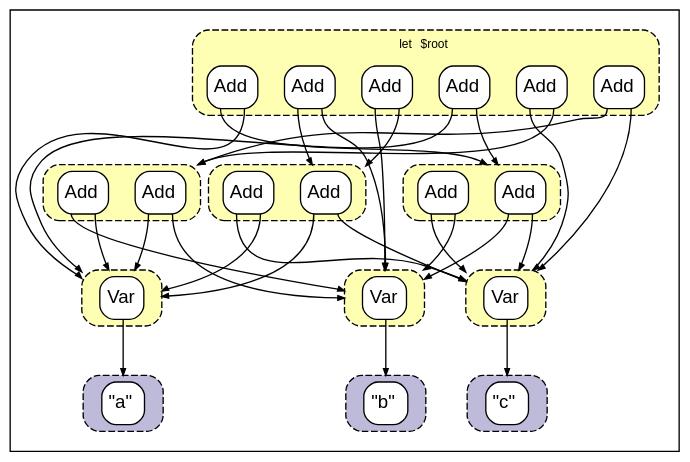
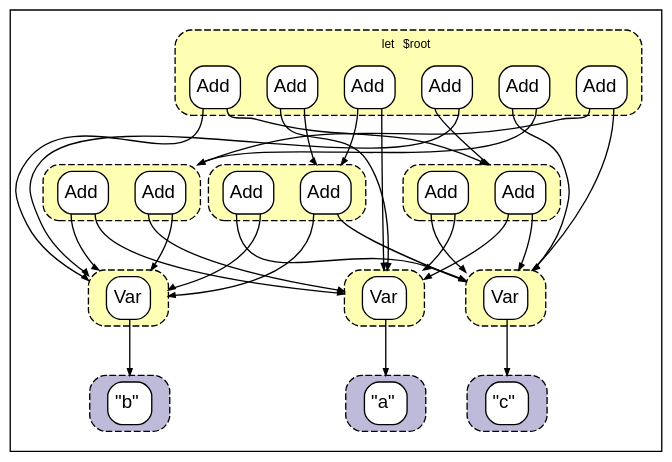
The diagram in docs/papers/figures/native/saturated.raw.dot (MilkBlock/fractal_egraph), drawn with Graphviz before and after one commit. The commit also changed other lines of this file and 16 other files, not shown here.

```diff
--- a/docs/papers/figures/native/saturated.raw.dot
+++ b/docs/papers/figures/native/saturated.raw.dot
@@ -1,143 +1,143 @@
 digraph  {
   compound=true
   rank=same
   fontname=helvetica
   fontsize=9
   margin=3
   nodesep=0.05
   ranksep=0.6
   colorscheme=set312
   edge[arrowsize=0.5]
   node[shape=none,margin=0,fontname=helvetica]
   outputorder=edgesfirst
   graph[style="dashed,rounded,filled"]
   fillcolor=2
-  "function-0-Var":0:s -> "primitive-String-0" [lhead="cluster_String-0"]
-  subgraph "outer_cluster_Math-0" {
-    subgraph "cluster_Math-0" {
-      subgraph  {
-        "function-0-Var"[label=<<TABLE BGCOLOR="white" CELLBORDER="0" CELLSPACING="0" CELLPADDING="0" style="rounded"><tr><td BALIGN="left" CELLPADDING="4" WIDTH="30" HEIGHT="30" colspan="1">Var</td></tr><TR><TD PORT="0"></TD></TR></TABLE>>,tooltip="Math-0: function-0-Var"]
-      }
-    }
-    style="invis"
-    cluster=true
-  }
-  "function-1-Var":0:s -> "primitive-String-1" [lhead="cluster_String-1"]
-  subgraph "outer_cluster_Math-1" {
-    subgraph "cluster_Math-1" {
-      subgraph  {
-        "function-1-Var"[label=<<TABLE BGCOLOR="white" CELLBORDER="0" CELLSPACING="0" CELLPADDING="0" style="rounded"><tr><td BALIGN="left" CELLPADDING="4" WIDTH="30" HEIGHT="30" colspan="1">Var</td></tr><TR><TD PORT="0"></TD></TR></TABLE>>,tooltip="Math-1: function-1-Var"]
-      }
-    }
-    style="invis"
-    cluster=true
-  }
-  "function-2-Var":0:s -> "primitive-String-2" [lhead="cluster_String-2"]
-  subgraph "outer_cluster_Math-2" {
-    subgraph "cluster_Math-2" {
-      subgraph  {
-        "function-2-Var"[label=<<TABLE BGCOLOR="white" CELLBORDER="0" CELLSPACING="0" CELLPADDING="0" style="rounded"><tr><td BALIGN="left" CELLPADDING="4" WIDTH="30" HEIGHT="30" colspan="1">Var</td></tr><TR><TD PORT="0"></TD></TR></TABLE>>,tooltip="Math-2: function-2-Var"]
-      }
-    }
-    style="invis"
-    cluster=true
-  }
-  "function-2-Add":0:s -> "function-0-Var" [lhead="cluster_Math-0"]
-  "function-2-Add":1:s -> "function-1-Var" [lhead="cluster_Math-1"]
-  "function-6-Add":0:s -> "function-1-Var" [lhead="cluster_Math-1"]
-  "function-6-Add":1:s -> "function-0-Var" [lhead="cluster_Math-0"]
-  subgraph "outer_cluster_Math-5" {
-    subgraph "cluster_Math-5" {
-      subgraph  {
-        "function-2-Add"[label=<<TABLE BGCOLOR="white" CELLBORDER="0" CELLSPACING="0" CELLPADDING="0" style="rounded"><tr><td BALIGN="left" CELLPADDING="4" WIDTH="30" HEIGHT="30" colspan="2">Add</td></tr><TR><TD PORT="0"></TD><TD PORT="1"></TD></TR></TABLE>>,tooltip="Math-5: function-2-Add"]
-        "function-6-Add"[label=<<TABLE BGCOLOR="white" CELLBORDER="0" CELLSPACING="0" CELLPADDING="0" style="rounded"><tr><td BALIGN="left" CELLPADDING="4" WIDTH="30" HEIGHT="30" colspan="2">Add</td></tr><TR><TD PORT="0"></TD><TD PORT="1"></TD></TR></TABLE>>,tooltip="Math-5: function-6-Add"]
-      }
-    }
-    style="invis"
-    cluster=true
-  }
-  "function-8-Add":0:s -> "function-0-Var" [lhead="cluster_Math-0"]
-  "function-8-Add":1:s -> "function-2-Var" [lhead="cluster_Math-2"]
-  "function-10-Add":0:s -> "function-2-Var" [lhead="cluster_Math-2"]
-  "function-10-Add":1:s -> "function-0-Var" [lhead="cluster_Math-0"]
-  subgraph "outer_cluster_Math-6" {
-    subgraph "cluster_Math-6" {
-      subgraph  {
-        "function-8-Add"[label=<<TABLE BGCOLOR="white" CELLBORDER="0" CELLSPACING="0" CELLPADDING="0" style="rounded"><tr><td BALIGN="left" CELLPADDING="4" WIDTH="30" HEIGHT="30" colspan="2">Add</td></tr><TR><TD PORT="0"></TD><TD PORT="1"></TD></TR></TABLE>>,tooltip="Math-6: function-8-Add"]
-        "function-10-Add"[label=<<TABLE BGCOLOR="white" CELLBORDER="0" CELLSPACING="0" CELLPADDING="0" style="rounded"><tr><td BALIGN="left" CELLPADDING="4" WIDTH="30" HEIGHT="30" colspan="2">Add</td></tr><TR><TD PORT="0"></TD><TD PORT="1"></TD></TR></TABLE>>,tooltip="Math-6: function-10-Add"]
-      }
-    }
-    style="invis"
-    cluster=true
-  }
   "function-0-Add":0:s -> "function-1-Var" [lhead="cluster_Math-1"]
   "function-0-Add":1:s -> "function-2-Var" [lhead="cluster_Math-2"]
   "function-4-Add":0:s -> "function-2-Var" [lhead="cluster_Math-2"]
   "function-4-Add":1:s -> "function-1-Var" [lhead="cluster_Math-1"]
   subgraph "outer_cluster_Math-3" {
     subgraph "cluster_Math-3" {
       subgraph  {
         "function-0-Add"[label=<<TABLE BGCOLOR="white" CELLBORDER="0" CELLSPACING="0" CELLPADDING="0" style="rounded"><tr><td BALIGN="left" CELLPADDING="4" WIDTH="30" HEIGHT="30" colspan="2">Add</td></tr><TR><TD PORT="0"></TD><TD PORT="1"></TD></TR></TABLE>>,tooltip="Math-3: function-0-Add"]
         "function-4-Add"[label=<<TABLE BGCOLOR="white" CELLBORDER="0" CELLSPACING="0" CELLPADDING="0" style="rounded"><tr><td BALIGN="left" CELLPADDING="4" WIDTH="30" HEIGHT="30" colspan="2">Add</td></tr><TR><TD PORT="0"></TD><TD PORT="1"></TD></TR></TABLE>>,tooltip="Math-3: function-4-Add"]
       }
     }
     style="invis"
     cluster=true
   }
   "function-1-Add":0:s -> "function-0-Var" [lhead="cluster_Math-0"]
   "function-1-Add":1:s -> "function-0-Add" [lhead="cluster_Math-3"]
   "function-3-Add":0:s -> "function-2-Add" [lhead="cluster_Math-5"]
   "function-3-Add":1:s -> "function-2-Var" [lhead="cluster_Math-2"]
   "function-5-Add":0:s -> "function-0-Add" [lhead="cluster_Math-3"]
   "function-5-Add":1:s -> "function-0-Var" [lhead="cluster_Math-0"]
   "function-7-Add":0:s -> "function-2-Var" [lhead="cluster_Math-2"]
   "function-7-Add":1:s -> "function-2-Add" [lhead="cluster_Math-5"]
   "function-9-Add":0:s -> "function-8-Add" [lhead="cluster_Math-6"]
   "function-9-Add":1:s -> "function-1-Var" [lhead="cluster_Math-1"]
   "function-11-Add":0:s -> "function-1-Var" [lhead="cluster_Math-1"]
   "function-11-Add":1:s -> "function-8-Add" [lhead="cluster_Math-6"]
   subgraph "outer_cluster_Math-4" {
     subgraph "cluster_Math-4" {
       subgraph  {
         "function-1-Add"[label=<<TABLE BGCOLOR="white" CELLBORDER="0" CELLSPACING="0" CELLPADDING="0" style="rounded"><tr><td BALIGN="left" CELLPADDING="4" WIDTH="30" HEIGHT="30" colspan="2">Add</td></tr><TR><TD PORT="0"></TD><TD PORT="1"></TD></TR></TABLE>>,tooltip="Math-4: function-1-Add"]
         "function-3-Add"[label=<<TABLE BGCOLOR="white" CELLBORDER="0" CELLSPACING="0" CELLPADDING="0" style="rounded"><tr><td BALIGN="left" CELLPADDING="4" WIDTH="30" HEIGHT="30" colspan="2">Add</td></tr><TR><TD PORT="0"></TD><TD PORT="1"></TD></TR></TABLE>>,tooltip="Math-4: function-3-Add"]
         "function-5-Add"[label=<<TABLE BGCOLOR="white" CELLBORDER="0" CELLSPACING="0" CELLPADDING="0" style="rounded"><tr><td BALIGN="left" CELLPADDING="4" WIDTH="30" HEIGHT="30" colspan="2">Add</td></tr><TR><TD PORT="0"></TD><TD PORT="1"></TD></TR></TABLE>>,tooltip="Math-4: function-5-Add"]
         "function-7-Add"[label=<<TABLE BGCOLOR="white" CELLBORDER="0" CELLSPACING="0" CELLPADDING="0" style="rounded"><tr><td BALIGN="left" CELLPADDING="4" WIDTH="30" HEIGHT="30" colspan="2">Add</td></tr><TR><TD PORT="0"></TD><TD PORT="1"></TD></TR></TABLE>>,tooltip="Math-4: function-7-Add"]
         "function-9-Add"[label=<<TABLE BGCOLOR="white" CELLBORDER="0" CELLSPACING="0" CELLPADDING="0" style="rounded"><tr><td BALIGN="left" CELLPADDING="4" WIDTH="30" HEIGHT="30" colspan="2">Add</td></tr><TR><TD PORT="0"></TD><TD PORT="1"></TD></TR></TABLE>>,tooltip="Math-4: function-9-Add"]
         "function-11-Add"[label=<<TABLE BGCOLOR="white" CELLBORDER="0" CELLSPACING="0" CELLPADDING="0" style="rounded"><tr><td BALIGN="left" CELLPADDING="4" WIDTH="30" HEIGHT="30" colspan="2">Add</td></tr><TR><TD PORT="0"></TD><TD PORT="1"></TD></TR></TABLE>>,tooltip="Math-4: function-11-Add"]
       }
       label=<<TABLE BORDER="0" CELLBORDER="0" CELLSPACING="0" CELLPADDING="2"><TR><TD ALIGN="RIGHT">let</TD><TD ALIGN="LEFT">$root</TD></TR></TABLE>>
     }
     style="invis"
     cluster=true
   }
+  "function-2-Add":0:s -> "function-0-Var" [lhead="cluster_Math-0"]
+  "function-2-Add":1:s -> "function-1-Var" [lhead="cluster_Math-1"]
+  "function-6-Add":0:s -> "function-1-Var" [lhead="cluster_Math-1"]
+  "function-6-Add":1:s -> "function-0-Var" [lhead="cluster_Math-0"]
+  subgraph "outer_cluster_Math-5" {
+    subgraph "cluster_Math-5" {
+      subgraph  {
+        "function-2-Add"[label=<<TABLE BGCOLOR="white" CELLBORDER="0" CELLSPACING="0" CELLPADDING="0" style="rounded"><tr><td BALIGN="left" CELLPADDING="4" WIDTH="30" HEIGHT="30" colspan="2">Add</td></tr><TR><TD PORT="0"></TD><TD PORT="1"></TD></TR></TABLE>>,tooltip="Math-5: function-2-Add"]
+        "function-6-Add"[label=<<TABLE BGCOLOR="white" CELLBORDER="0" CELLSPACING="0" CELLPADDING="0" style="rounded"><tr><td BALIGN="left" CELLPADDING="4" WIDTH="30" HEIGHT="30" colspan="2">Add</td></tr><TR><TD PORT="0"></TD><TD PORT="1"></TD></TR></TABLE>>,tooltip="Math-5: function-6-Add"]
+      }
+    }
+    style="invis"
+    cluster=true
+  }
+  "function-8-Add":0:s -> "function-0-Var" [lhead="cluster_Math-0"]
+  "function-8-Add":1:s -> "function-2-Var" [lhead="cluster_Math-2"]
+  "function-10-Add":0:s -> "function-2-Var" [lhead="cluster_Math-2"]
+  "function-10-Add":1:s -> "function-0-Var" [lhead="cluster_Math-0"]
+  subgraph "outer_cluster_Math-6" {
+    subgraph "cluster_Math-6" {
+      subgraph  {
+        "function-8-Add"[label=<<TABLE BGCOLOR="white" CELLBORDER="0" CELLSPACING="0" CELLPADDING="0" style="rounded"><tr><td BALIGN="left" CELLPADDING="4" WIDTH="30" HEIGHT="30" colspan="2">Add</td></tr><TR><TD PORT="0"></TD><TD PORT="1"></TD></TR></TABLE>>,tooltip="Math-6: function-8-Add"]
+        "function-10-Add"[label=<<TABLE BGCOLOR="white" CELLBORDER="0" CELLSPACING="0" CELLPADDING="0" style="rounded"><tr><td BALIGN="left" CELLPADDING="4" WIDTH="30" HEIGHT="30" colspan="2">Add</td></tr><TR><TD PORT="0"></TD><TD PORT="1"></TD></TR></TABLE>>,tooltip="Math-6: function-10-Add"]
+      }
+    }
+    style="invis"
+    cluster=true
+  }
+  "function-1-Var":0:s -> "primitive-String-1" [lhead="cluster_String-1"]
+  subgraph "outer_cluster_Math-1" {
+    subgraph "cluster_Math-1" {
+      subgraph  {
+        "function-1-Var"[label=<<TABLE BGCOLOR="white" CELLBORDER="0" CELLSPACING="0" CELLPADDING="0" style="rounded"><tr><td BALIGN="left" CELLPADDING="4" WIDTH="30" HEIGHT="30" colspan="1">Var</td></tr><TR><TD PORT="0"></TD></TR></TABLE>>,tooltip="Math-1: function-1-Var"]
+      }
+    }
+    style="invis"
+    cluster=true
+  }
+  "function-0-Var":0:s -> "primitive-String-0" [lhead="cluster_String-0"]
+  subgraph "outer_cluster_Math-0" {
+    subgraph "cluster_Math-0" {
+      subgraph  {
+        "function-0-Var"[label=<<TABLE BGCOLOR="white" CELLBORDER="0" CELLSPACING="0" CELLPADDING="0" style="rounded"><tr><td BALIGN="left" CELLPADDING="4" WIDTH="30" HEIGHT="30" colspan="1">Var</td></tr><TR><TD PORT="0"></TD></TR></TABLE>>,tooltip="Math-0: function-0-Var"]
+      }
+    }
+    style="invis"
+    cluster=true
+  }
+  "function-2-Var":0:s -> "primitive-String-2" [lhead="cluster_String-2"]
+  subgraph "outer_cluster_Math-2" {
+    subgraph "cluster_Math-2" {
+      subgraph  {
+        "function-2-Var"[label=<<TABLE BGCOLOR="white" CELLBORDER="0" CELLSPACING="0" CELLPADDING="0" style="rounded"><tr><td BALIGN="left" CELLPADDING="4" WIDTH="30" HEIGHT="30" colspan="1">Var</td></tr><TR><TD PORT="0"></TD></TR></TABLE>>,tooltip="Math-2: function-2-Var"]
+      }
+    }
+    style="invis"
+    cluster=true
+  }
   fillcolor=3
   subgraph "outer_cluster_String-2" {
     subgraph "cluster_String-2" {
       subgraph  {
         "primitive-String-2"[label=<<TABLE BGCOLOR="white" CELLBORDER="0" CELLSPACING="0" CELLPADDING="0" style="rounded"><tr><td BALIGN="left" CELLPADDING="4" WIDTH="30" HEIGHT="30">&quot;c&quot;</td></tr></TABLE>>,tooltip="String-2: primitive-String-2"]
       }
     }
     style="invis"
     cluster=true
   }
   subgraph "outer_cluster_String-0" {
     subgraph "cluster_String-0" {
       subgraph  {
         "primitive-String-0"[label=<<TABLE BGCOLOR="white" CELLBORDER="0" CELLSPACING="0" CELLPADDING="0" style="rounded"><tr><td BALIGN="left" CELLPADDING="4" WIDTH="30" HEIGHT="30">&quot;a&quot;</td></tr></TABLE>>,tooltip="String-0: primitive-String-0"]
       }
     }
     style="invis"
     cluster=true
   }
   subgraph "outer_cluster_String-1" {
     subgraph "cluster_String-1" {
       subgraph  {
         "primitive-String-1"[label=<<TABLE BGCOLOR="white" CELLBORDER="0" CELLSPACING="0" CELLPADDING="0" style="rounded"><tr><td BALIGN="left" CELLPADDING="4" WIDTH="30" HEIGHT="30">&quot;b&quot;</td></tr></TABLE>>,tooltip="String-1: primitive-String-1"]
       }
     }
     style="invis"
     cluster=true
   }
   margin=0
 }
```
